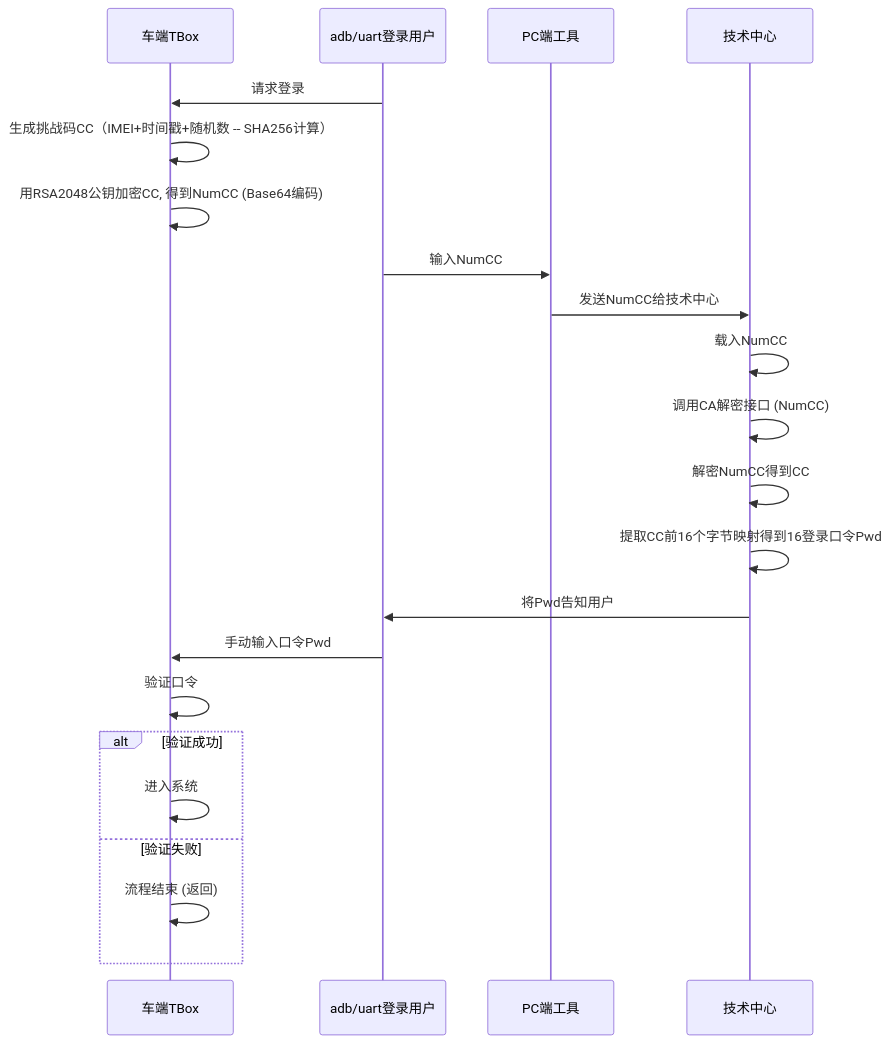
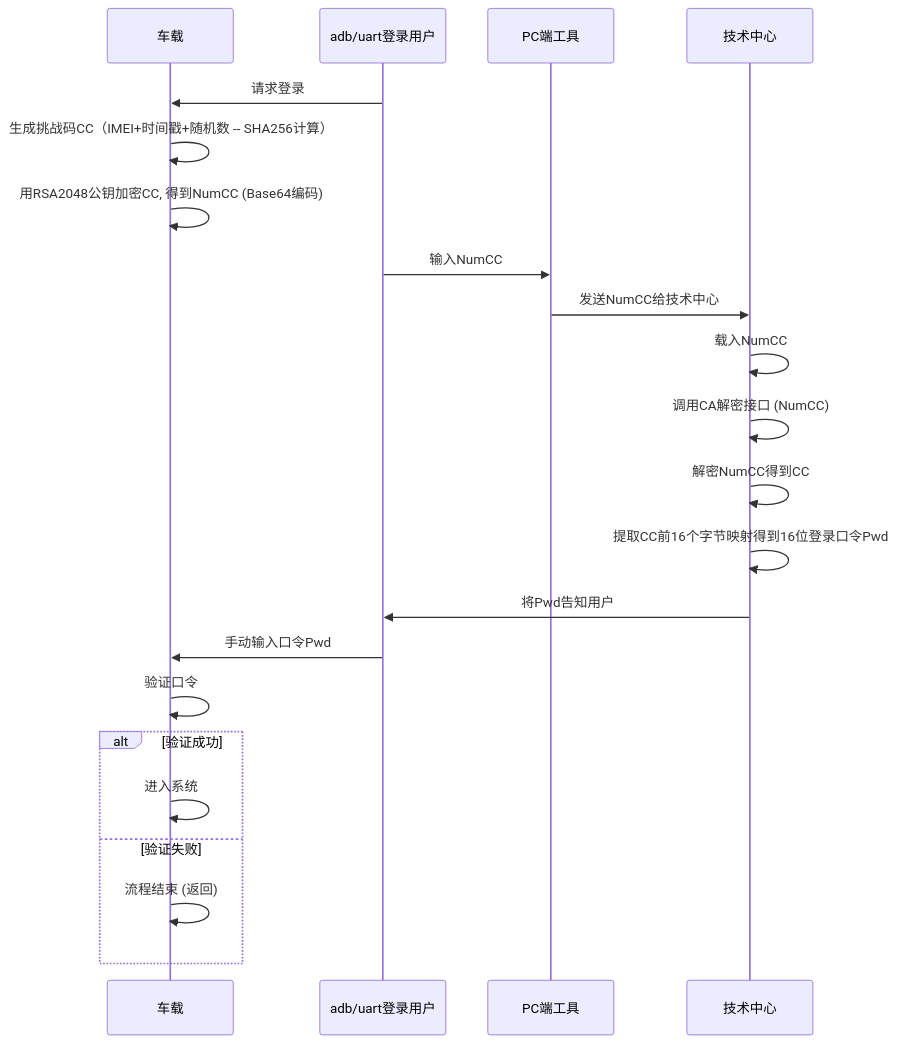
One commit to facebook-cloud/iodraw-files changed the diagram in all/未命名-13.md. Above: the diagram before and after it, drawn with Mermaid.

Commit message:
2026-01-27 11:21:05 update

````diff
--- a/all/未命名-13.md
+++ b/all/未命名-13.md
@@ -1,28 +1,28 @@
 ```mermaid
 sequenceDiagram
-    participant tbox as 车端TBox
+    participant tbox as 车载
     participant user as adb/uart登录用户
     participant pc as PC端工具
     participant tech_center as 技术中心
   
 
     user->>tbox: 请求登录
     tbox->>tbox: 生成挑战码CC（IMEI+时间戳+随机数 -- SHA256计算）
     tbox->>tbox: 用RSA2048公钥加密CC, 得到NumCC (Base64编码)
     user->>pc: 输入NumCC
     pc->>tech_center: 发送NumCC给技术中心
     tech_center->>tech_center: 载入NumCC
     tech_center->>tech_center: 调用CA解密接口 (NumCC)
     tech_center->>tech_center: 解密NumCC得到CC
-    tech_center->>tech_center: 提取CC前16个字节映射得到16登录口令Pwd
+    tech_center->>tech_center: 提取CC前16个字节映射得到16位登录口令Pwd
     tech_center->>user: 将Pwd告知用户
     user->>tbox: 手动输入口令Pwd
     tbox->>tbox: 验证口令
     alt 验证成功
         tbox->>tbox: 进入系统
     else 验证失败
         tbox->>tbox: 流程结束 (返回)
     end
 
 
 ```
````
